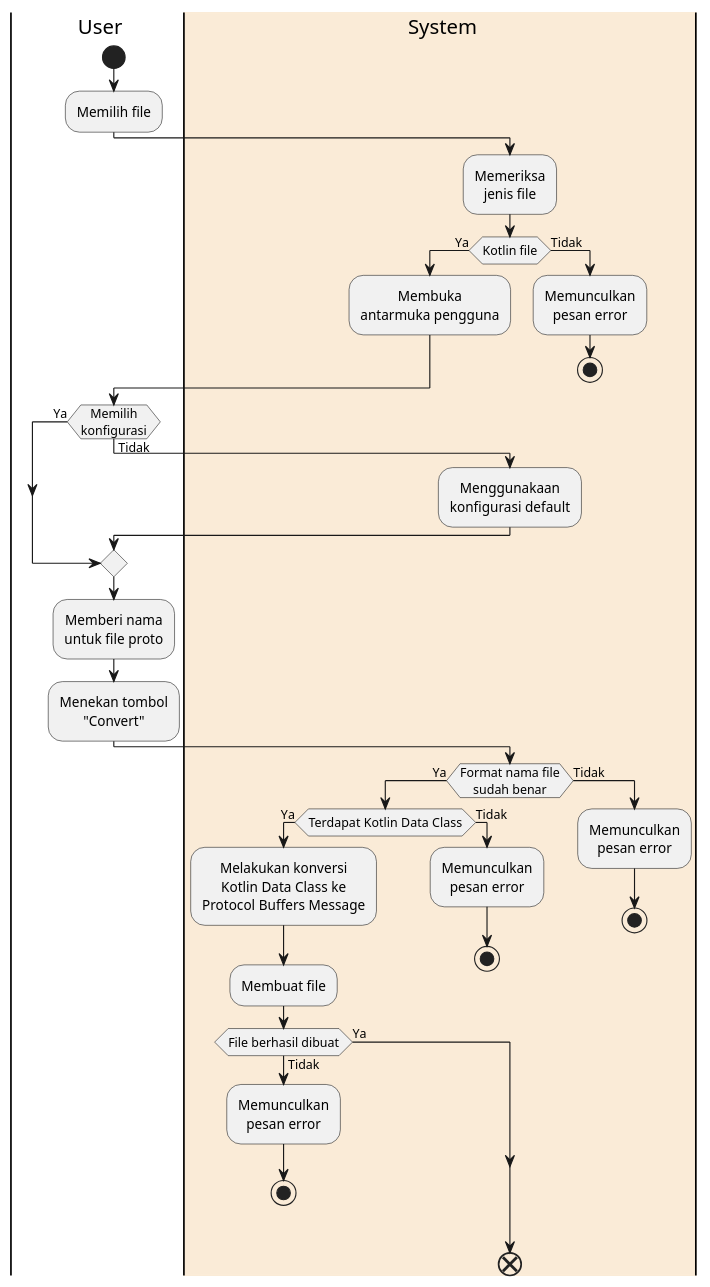
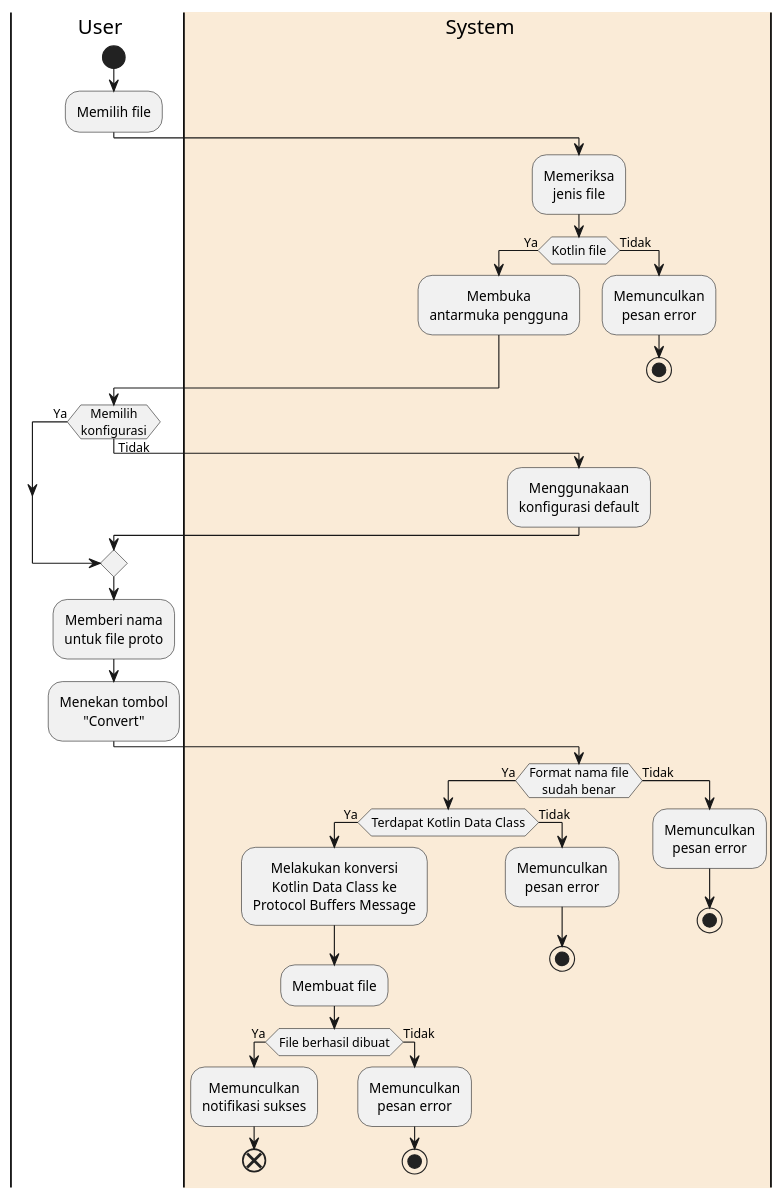
The diagram in toProtobufConverter.puml (fnakhsan/tugas-akhir), drawn with PlantUML before and after one commit. The commit also changed 2 other files, not shown here.

```diff
--- a/toProtobufConverter.puml
+++ b/toProtobufConverter.puml
@@ -1,45 +1,46 @@
 @startuml
 skinparam defaultTextAlignment center
 |u| User
 |#AntiqueWhite|s| System
 |u|
 start
 :Memilih file;
 |s|
 :Memeriksa\njenis file;
 if (Kotlin file) then (Ya)
   :Membuka\nantarmuka pengguna;
 else (Tidak)
   |s|
   :Memunculkan\npesan error;
   stop
 endif
 |u|
 if (Memilih\nkonfigurasi) then (Ya)
 else (Tidak)
   |s|
   :Menggunakaan\nkonfigurasi default;
 endif
 |u|
 :Memberi nama\nuntuk file proto;
 :Menekan tombol\n"Convert";
 |s|
 if (Format nama file\nsudah benar) then (Ya)
   if(Terdapat Kotlin Data Class) then (Ya)
     :Melakukan konversi\nKotlin Data Class ke\nProtocol Buffers Message;
     :Membuat file;
     if (File berhasil dibuat) then (Ya)
+      :Memunculkan\nnotifikasi sukses;
+      end
     else (Tidak)
       :Memunculkan\npesan error;
       stop
     endif
   else(Tidak)
     :Memunculkan\npesan error;
     stop
   endif
 else (Tidak)
   :Memunculkan\npesan error;
   stop
 endif
-end
 @enduml
```
